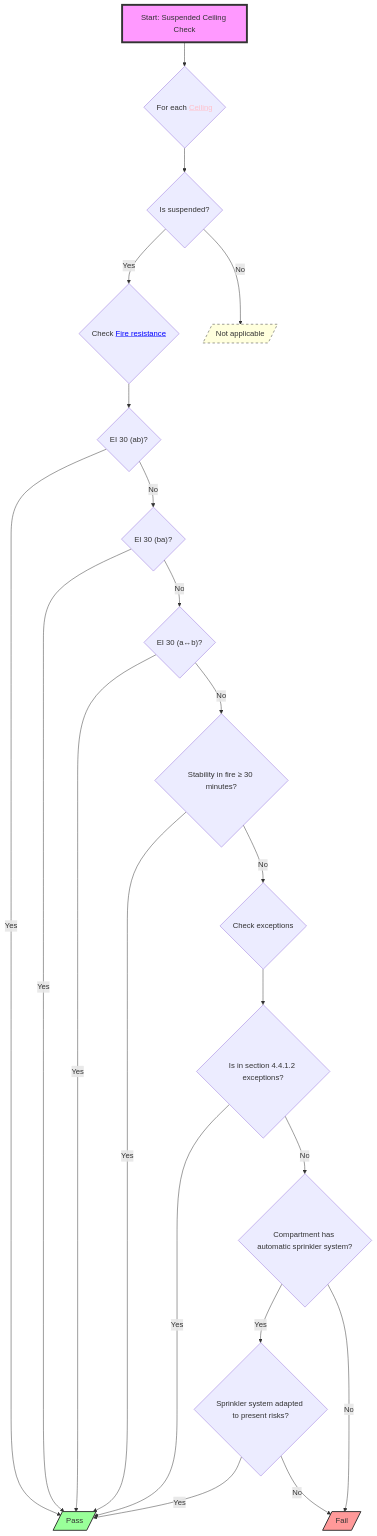
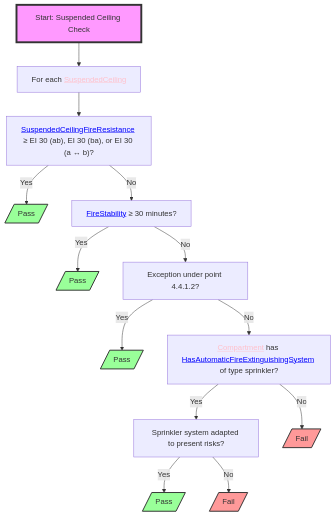
Before and after one commit to CedricDriesen92/RulebookProcessing: the diagram in mmddiagrams/section_3_4_1.mmd, drawn with Mermaid. The commit also changed 24 other files, not shown here.

```diff
--- a/mmddiagrams/section_3_4_1.mmd
+++ b/mmddiagrams/section_3_4_1.mmd
@@ -1,29 +1,25 @@
 flowchart TD
-    S1["Start: Suspended Ceiling Check"] --> A{"For each <a href='http://example.com/firebimbuilding#Ceiling' style='color:pink;'>Ceiling</a>"}
-    A --> B{"Is suspended?"}
-    B -- Yes --> C{"Check <a href='http://example.com/firebimbuilding#FireResistance' style='color:blue;'>Fire resistance</a>"}
-    C --> D{"EI 30 (ab)?"}
+    S1["Start: Suspended Ceiling Check"] --> A["For each <a href='http://example.com/firebimbuilding#SuspendedCeiling' style='color:pink;'>SuspendedCeiling</a>"]
+    A --> B["<a href='http://example.com/firebimbuilding#SuspendedCeilingFireResistance' style='color:blue;'>SuspendedCeilingFireResistance</a> ≥ EI 30 (ab), EI 30 (ba), or EI 30 (a ↔ b)?"]
+    B -- Yes --> C[/"Pass"/]
+    B -- No --> D["<a href='http://example.com/firebimbuilding#FireStability' style='color:blue;'>FireStability</a> ≥ 30 minutes?"]
     D -- Yes --> E[/"Pass"/]
-    D -- No --> F{"EI 30 (ba)?"}
-    F -- Yes --> E
-    F -- No --> G{"EI 30 (a↔b)?"}
-    G -- Yes --> E
-    G -- No --> H{"Stability in fire ≥ 30 minutes?"}
-    H -- Yes --> E
-    H -- No --> I{"Check exceptions"}
-    I --> J{"Is in section 4.4.1.2 exceptions?"}
-    J -- Yes --> E
-    J -- No --> K{"Compartment has automatic sprinkler system?"}
-    K -- Yes --> L{"Sprinkler system adapted to present risks?"}
-    L -- Yes --> E
-    L -- No --> M[/"Fail"/]
-    K -- No --> M
-    B -- No --> N[/"Not applicable"/]
+    D -- No --> F["Exception under point 4.4.1.2?"]
+    F -- Yes --> G[/"Pass"/]
+    F -- No --> H["<a href='http://example.com/firebimbuilding#Compartment' style='color:pink;'>Compartment</a> has <a href='http://example.com/firebimbuilding#HasAutomaticFireExtinguishingSystem' style='color:blue;'>HasAutomaticFireExtinguishingSystem</a> of type sprinkler?"]
+    H -- Yes --> I["Sprinkler system adapted to present risks?"]
+    H -- No --> J[/"Fail"/]
+    I -- Yes --> K[/"Pass"/]
+    I -- No --> L[/"Fail"/]
+
     S1:::startClass
+    C:::passClass
     E:::passClass
-    M:::failClass
-    N:::noteClass
+    G:::passClass
+    J:::failClass
+    K:::passClass
+    L:::failClass
+
     classDef startClass fill:#f9f,stroke:#333,stroke-width:4px
     classDef passClass fill:#9f9,stroke:#333,stroke-width:2px
     classDef failClass fill:#f99,stroke:#333,stroke-width:2px
-    classDef noteClass fill:#ffd,stroke:#333,stroke-width:1px,stroke-dasharray: 5 5
```
